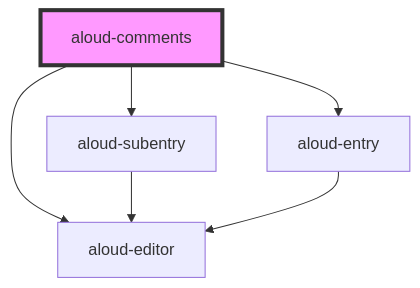
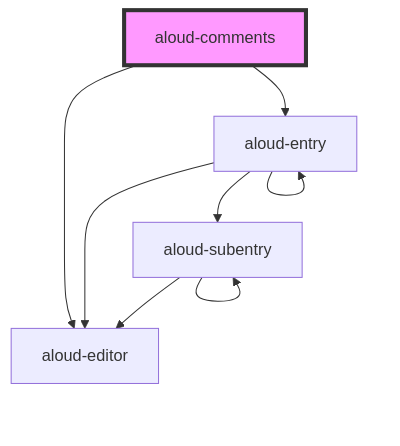
The diagram in src/components/aloud-comments/readme.md (aloud-comments/aloud-comments), drawn with Mermaid before and after one commit. The commit also changed other lines of this file and 4 other files, not shown here.

````diff
--- a/src/components/aloud-comments/readme.md
+++ b/src/components/aloud-comments/readme.md
@@ -30,9 +29,11 @@
 ```mermaid
 graph TD;
-  aloud-comments --> aloud-subentry
+  aloud-comments --> aloud-editor
   aloud-comments --> aloud-entry
-  aloud-comments --> aloud-editor
+  aloud-entry --> aloud-editor
+  aloud-entry --> aloud-subentry
+  aloud-entry --> aloud-entry
   aloud-subentry --> aloud-editor
-  aloud-entry --> aloud-editor
+  aloud-subentry --> aloud-subentry
   style aloud-comments fill:#f9f,stroke:#333,stroke-width:4px
 ```
````
